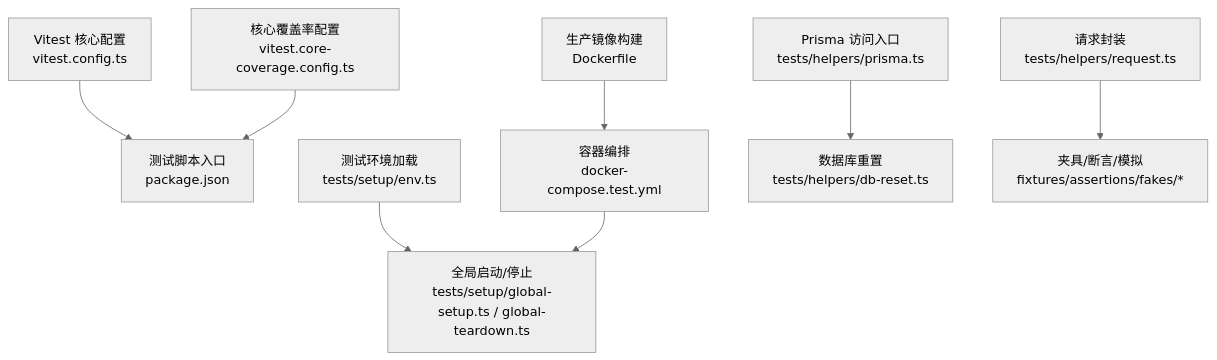
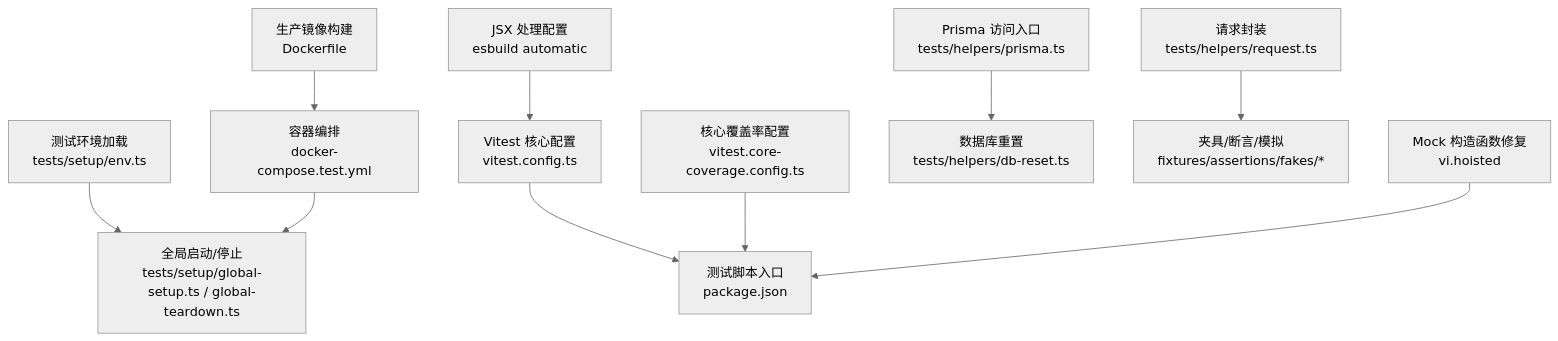
The first of 6 diagrams in .qoder/repowiki/zh/content/测试策略/测试基础设施.md (lyl2021/waoowaoo), drawn with Mermaid (neutral theme) before and after one commit. The commit also changed other lines of this file and 20 other files, not shown here.

````diff
--- a/.qoder/repowiki/zh/content/测试策略/测试基础设施.md
+++ b/.qoder/repowiki/zh/content/测试策略/测试基础设施.md
@@ -56,10 +76,12 @@
 ```mermaid
 graph TB
 A["Vitest 核心配置<br/>vitest.config.ts"] --> B["测试脚本入口<br/>package.json"]
 C["核心覆盖率配置<br/>vitest.core-coverage.config.ts"] --> B
 D["测试环境加载<br/>tests/setup/env.ts"] --> E["全局启动/停止<br/>tests/setup/global-setup.ts / global-teardown.ts"]
 F["容器编排<br/>docker-compose.test.yml"] --> E
 G["Prisma 访问入口<br/>tests/helpers/prisma.ts"] --> H["数据库重置<br/>tests/helpers/db-reset.ts"]
 I["请求封装<br/>tests/helpers/request.ts"] --> J["夹具/断言/模拟<br/>fixtures/assertions/fakes/*"]
 K["生产镜像构建<br/>Dockerfile"] --> F
+L["JSX 处理配置<br/>esbuild automatic"] --> A
+M["Mock 构造函数修复<br/>vi.hoisted"] --> B
 ```
````
